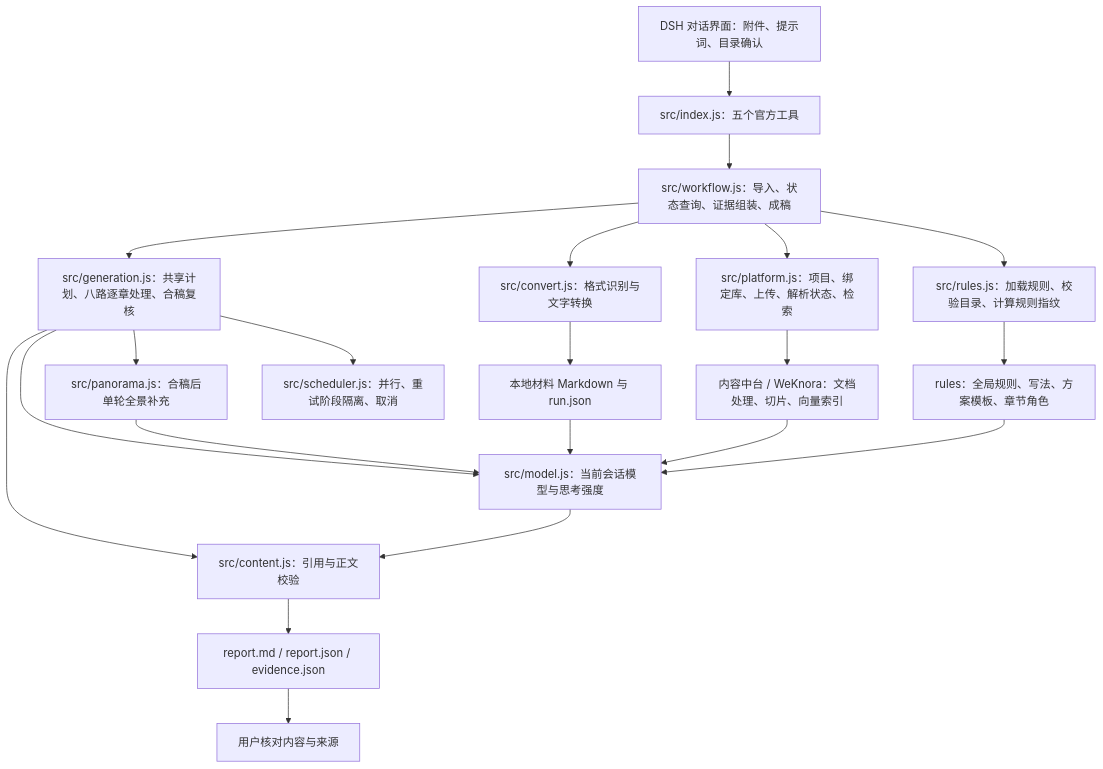
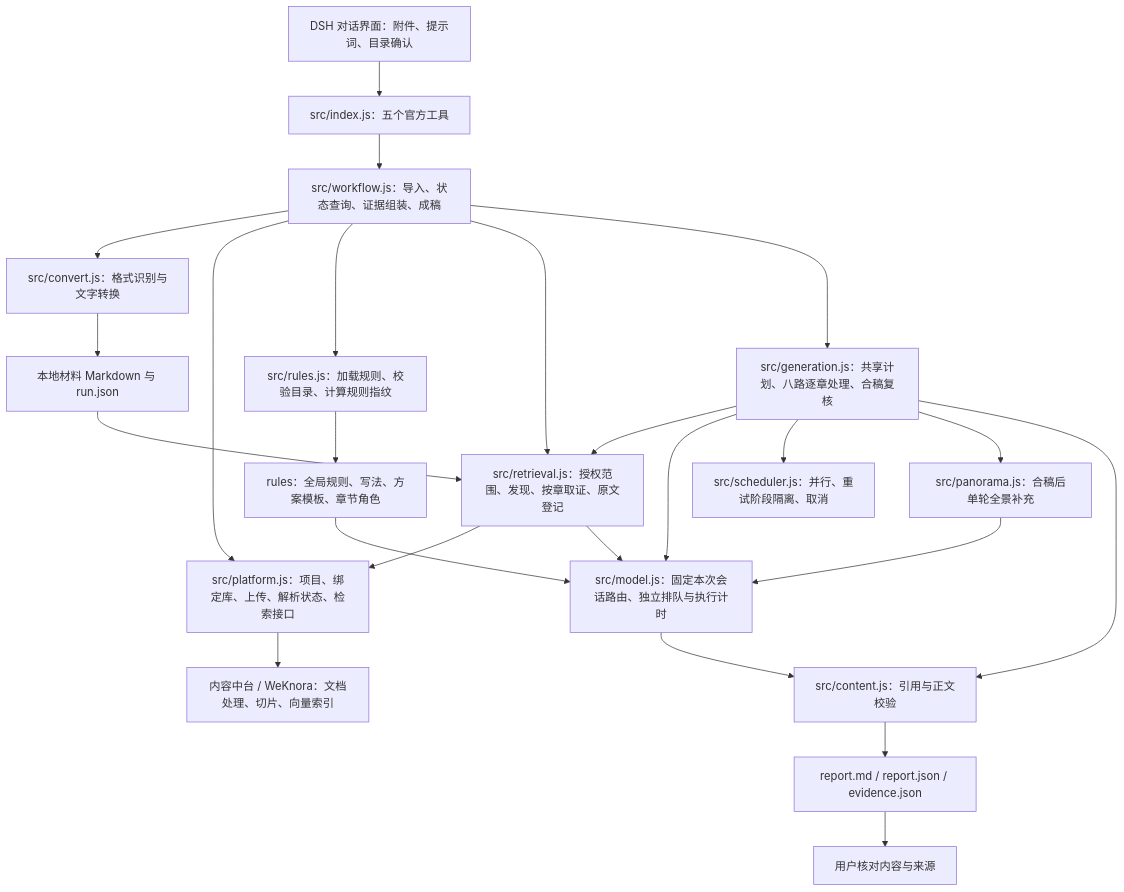
Before and after one commit to z460046000-ops/WLYD_content: the diagram in README.md, drawn with Mermaid. The commit also changed other lines of this file and 20 other files, not shown here.

````diff
--- a/README.md
+++ b/README.md
@@ -26,23 +26,26 @@
 ```mermaid
 flowchart TD
     A[DSH 对话界面：附件、提示词、目录确认] --> B[src/index.js：五个官方工具]
     B --> C[src/workflow.js：导入、状态查询、证据组装、成稿]
     C --> D[src/convert.js：格式识别与文字转换]
     D --> E[本地材料 Markdown 与 run.json]
-    C --> F[src/platform.js：项目、绑定库、上传、解析状态、检索]
+    C --> F[src/platform.js：项目、绑定库、上传、解析状态、检索接口]
     F --> G[内容中台 / WeKnora：文档处理、切片、向量索引]
     C --> H[src/rules.js：加载规则、校验目录、计算规则指纹]
     H --> I[rules：全局规则、写法、方案模板、章节角色]
+    C --> R[src/retrieval.js：授权范围、发现、按章取证、原文登记]
+    R --> F
+    E --> R
     C --> N[src/generation.js：共享计划、八路逐章处理、合稿复核]
-    N --> J[src/model.js：当前会话模型与思考强度]
+    N --> R
+    N --> J[src/model.js：固定本次会话路由、独立排队与执行计时]
     N --> S[src/scheduler.js：并行、重试阶段隔离、取消]
     N --> P[src/panorama.js：合稿后单轮全景补充]
     P --> J
     N --> K[src/content.js：引用与正文校验]
-    E --> J
-    G --> J
+    R --> J
     I --> J
     J --> K
     K --> L[report.md / report.json / evidence.json]
     L --> M[用户核对内容与来源]
 ```
````
